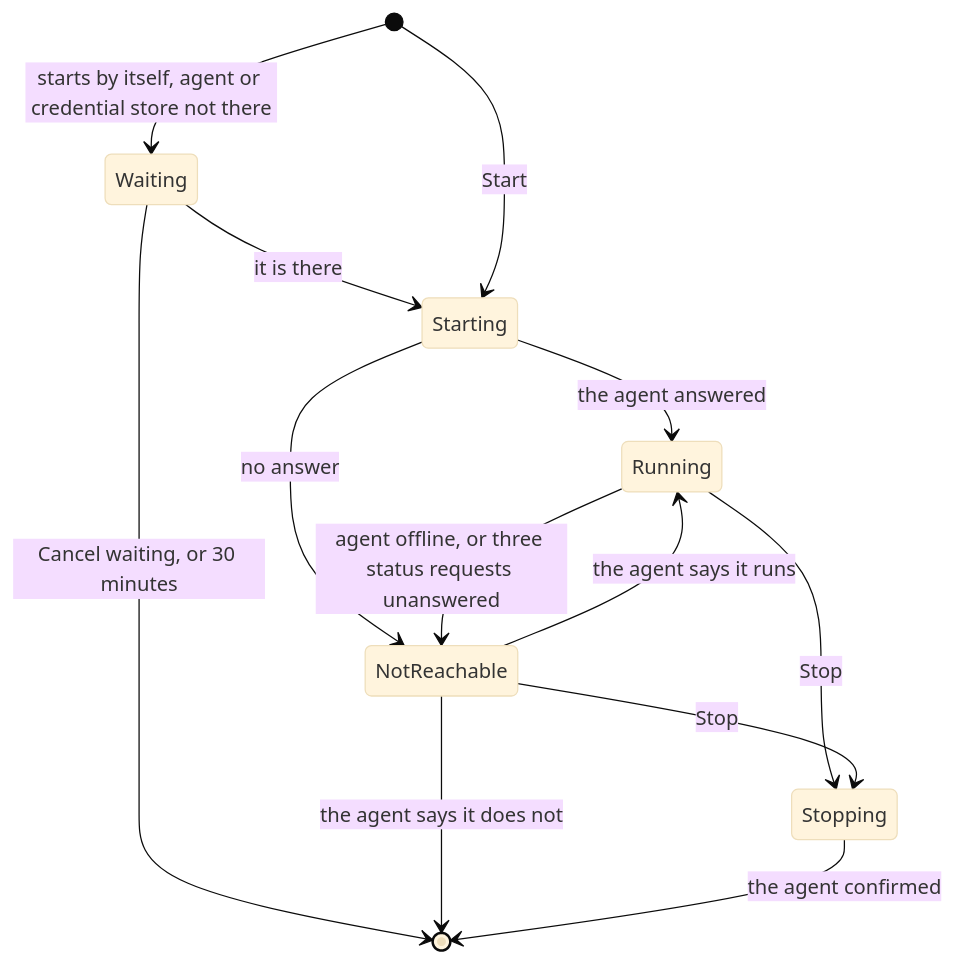
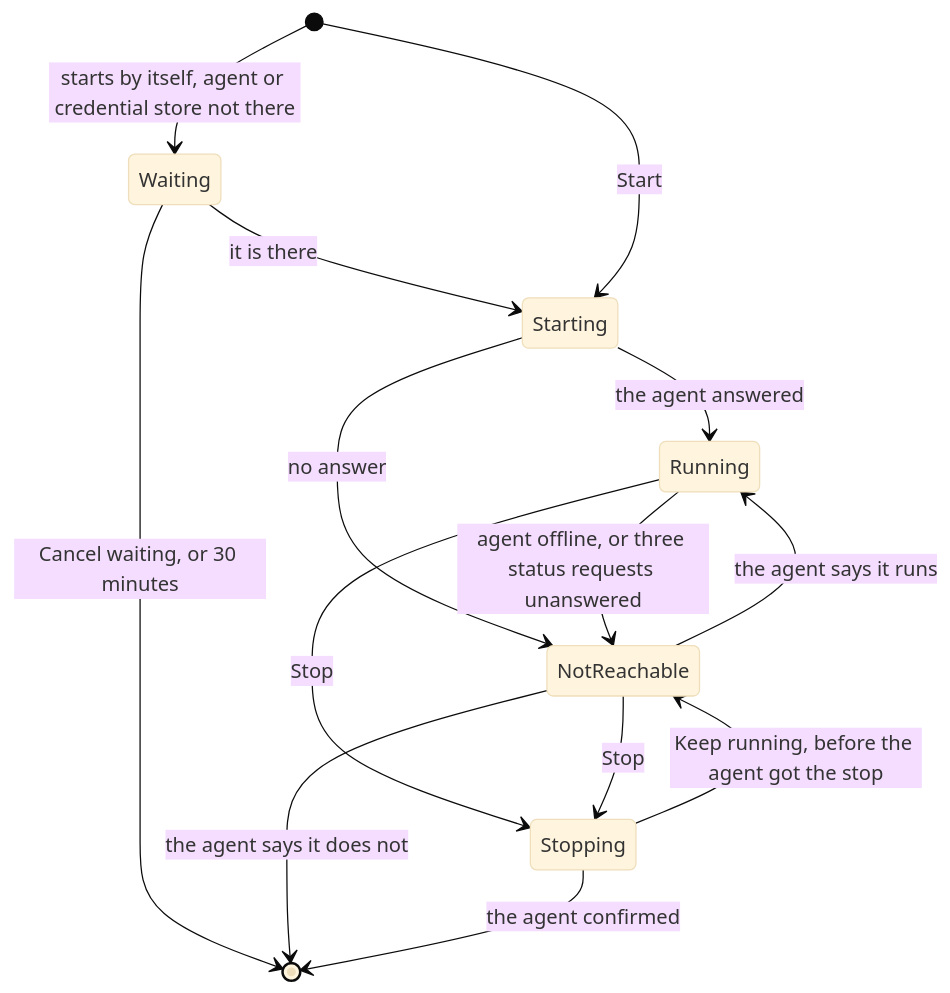
Diagram 38 of 41 in docs/architecture.md (armaxri/termiHub), drawn with Mermaid (base theme) before and after one commit. The commit also changed other lines of this file and 10 other files, not shown here.

````diff
--- a/docs/architecture.md
+++ b/docs/architecture.md
@@ -3114,15 +3114,16 @@
 ```mermaid
 stateDiagram-v2
   [*] --> Waiting: starts by itself, agent or credential store not there
   Waiting --> Starting: it is there
   Waiting --> [*]: Cancel waiting, or 30 minutes
   [*] --> Starting: Start
   Starting --> Running: the agent answered
   Starting --> NotReachable: no answer
   Running --> NotReachable: agent offline, or three status requests unanswered
   NotReachable --> Running: the agent says it runs
   NotReachable --> [*]: the agent says it does not
   Running --> Stopping: Stop
   NotReachable --> Stopping: Stop
+  Stopping --> NotReachable: Keep running, before the agent got the stop
   Stopping --> [*]: the agent confirmed
 ```
````
